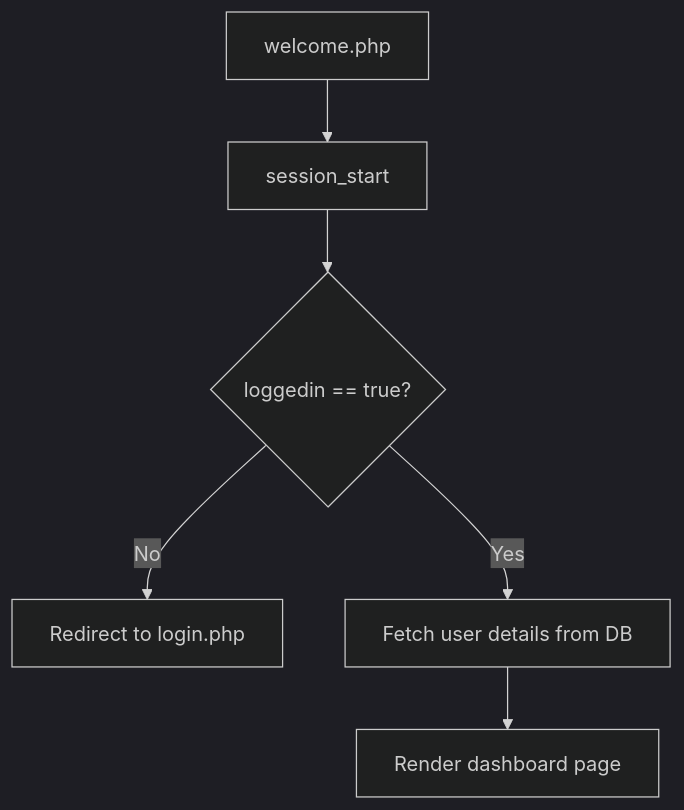
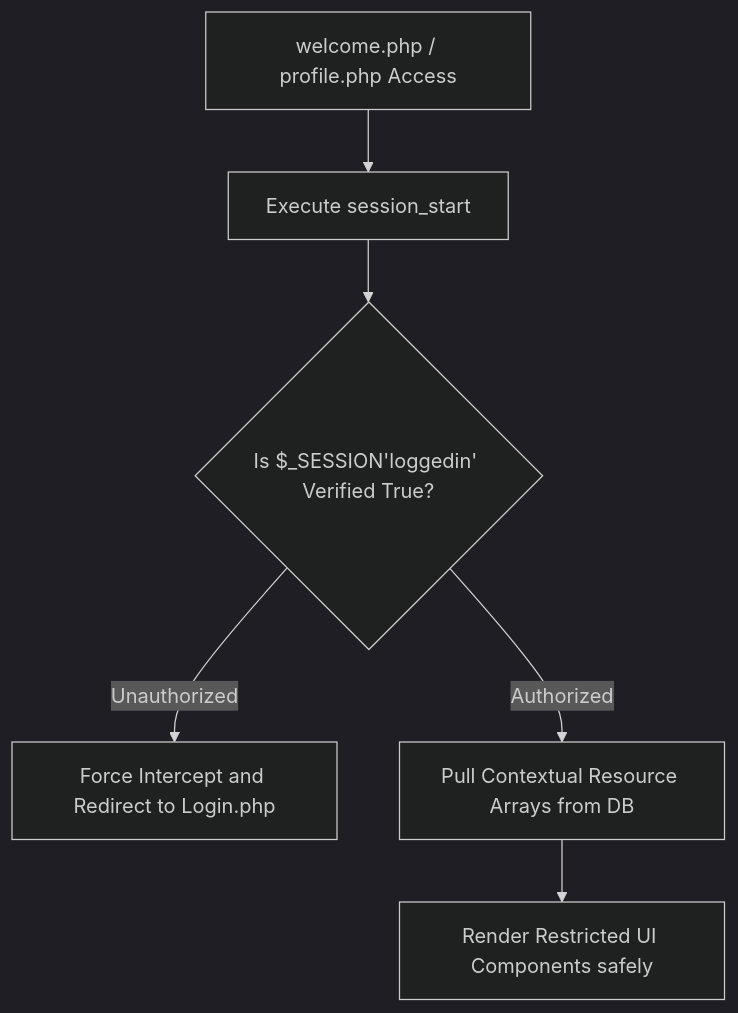
The fourth of 6 diagrams in readme.md (Nazonokage/Inubrahan-User-Portal), drawn with Mermaid (dark theme) before and after one commit. The commit also changed other lines of this file, not shown here.

````diff
--- a/readme.md
+++ b/readme.md
@@ -98,8 +109,9 @@
 ```mermaid
 flowchart TD
-  A[welcome.php] --> B[session_start]
-  B --> C{loggedin == true?}
-  C -->|No| D[Redirect to login.php]
-  C -->|Yes| E[Fetch user details from DB]
-  E --> F[Render dashboard page]
+    A[welcome.php / profile.php Access] --> B[Execute session_start]
+    B --> C{Is $_SESSION'loggedin' Verified True?}
+    C -->|Unauthorized| D[Force Intercept and Redirect to Login.php]
+    C -->|Authorized| E[Pull Contextual Resource Arrays from DB]
+    E --> F[Render Restricted UI Components safely]
+
 ```
````
